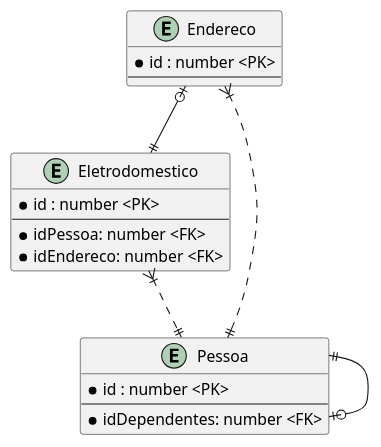
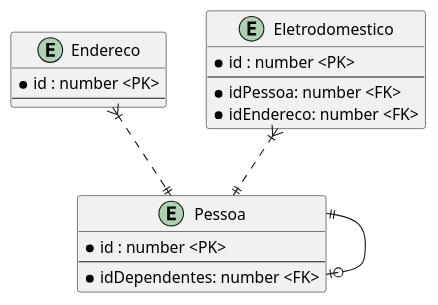
Before and after one commit to fsales/fiap-tech-chalenge: the diagram in eletro-tech-entidade.puml, drawn with PlantUML. The commit also changed 9 other files, not shown here.

```diff
--- a/eletro-tech-entidade.puml
+++ b/eletro-tech-entidade.puml
@@ -1,26 +1,25 @@
 @startuml
 
 entity "Endereco" as endereco {
     *id : number <PK>
     --
 }
 entity "Eletrodomestico" as eletro {
      *id : number <PK>
      --
      * idPessoa: number <FK>
      * idEndereco: number <FK>
 }
 
 entity "Pessoa" as pessoa {
      * id : number <PK>
      --
      * idDependentes: number <FK>
 }
 
 
 pessoa ||--o| pessoa
 endereco }|..|| pessoa
 eletro }|..|| pessoa
-endereco |o--|| eletro
 
 @enduml
```
